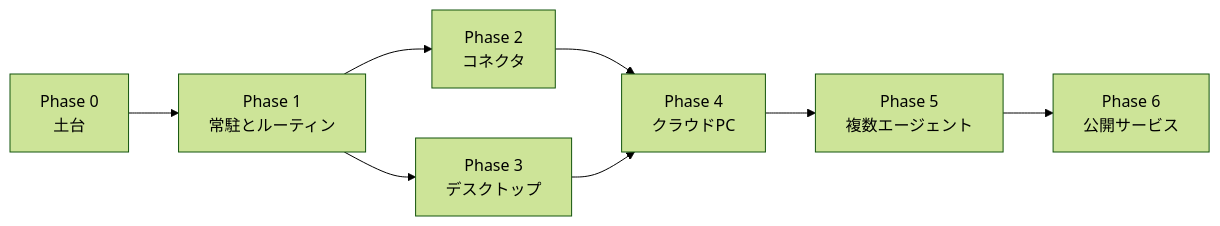
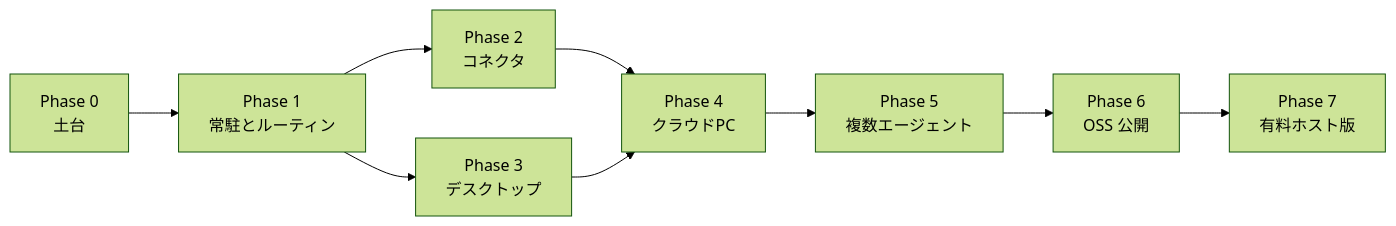
One commit to koheip/yata changed the diagram in ROADMAP.md. Above: the diagram before and after it, drawn with Mermaid (forest theme). The commit also changed other lines of this file and 2 other files, not shown here.

First line of the commit message:
Point the roadmap at a local open-source release first.

````diff
--- a/ROADMAP.md
+++ b/ROADMAP.md
@@ -36,10 +43,11 @@
 ```mermaid
 flowchart LR
   P0["Phase 0<br/>土台"] --> P1["Phase 1<br/>常駐とルーティン"]
   P1 --> P2["Phase 2<br/>コネクタ"]
   P1 --> P3["Phase 3<br/>デスクトップ"]
   P2 --> P4["Phase 4<br/>クラウドPC"]
   P3 --> P4
   P4 --> P5["Phase 5<br/>複数エージェント"]
-  P5 --> P6["Phase 6<br/>公開サービス"]
+  P5 --> P6["Phase 6<br/>OSS 公開"]
+  P6 --> P7["Phase 7<br/>有料ホスト版"]
 ```
````
